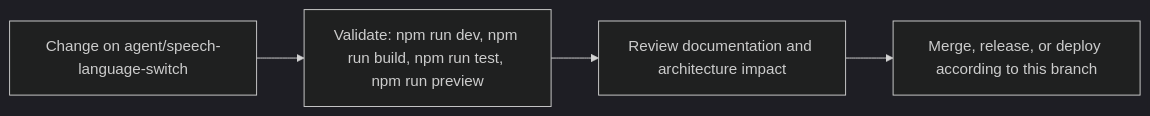
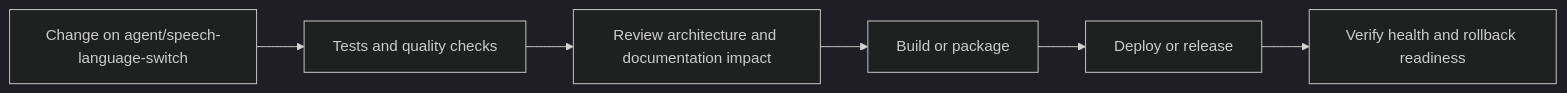
The fourth of 5 diagrams in README.md (Nischhalsubba/Napiyo), drawn with Mermaid (dark theme) before and after one commit. The commit also changed other lines of this file, not shown here.

````diff
--- a/README.md
+++ b/README.md
@@ -72,8 +154,8 @@
 ```mermaid
 flowchart LR
-    CHANGE["Change on agent/speech-language-switch"]
-    CHECK["Validate: npm run dev, npm run build, npm run test, npm run preview"]
-    REVIEW["Review documentation and architecture impact"]
-    RELEASE["Merge, release, or deploy according to this branch"]
-    CHANGE --> CHECK --> REVIEW --> RELEASE
+    CHANGE["Change on agent/speech-language-switch"] --> CHECK["Tests and quality checks"]
+    CHECK --> REVIEW["Review architecture and documentation impact"]
+    REVIEW --> BUILD["Build or package"]
+    BUILD --> DEPLOY["Deploy or release"]
+    DEPLOY --> VERIFY["Verify health and rollback readiness"]
 ```
````
